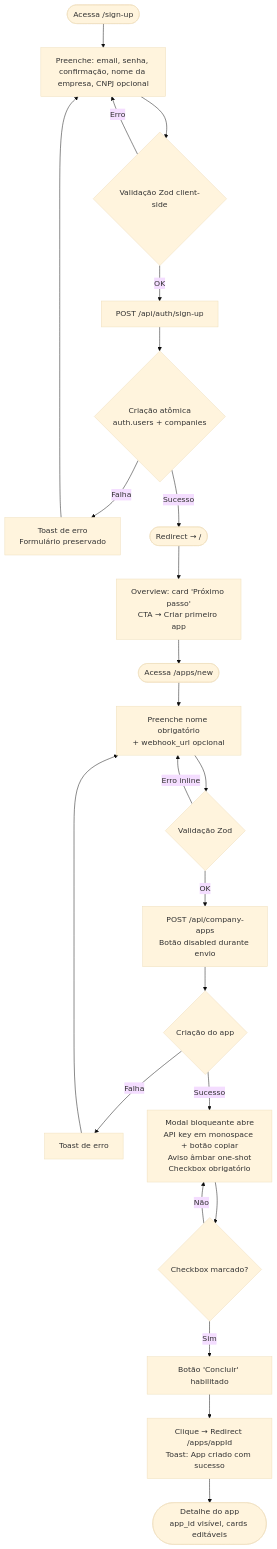
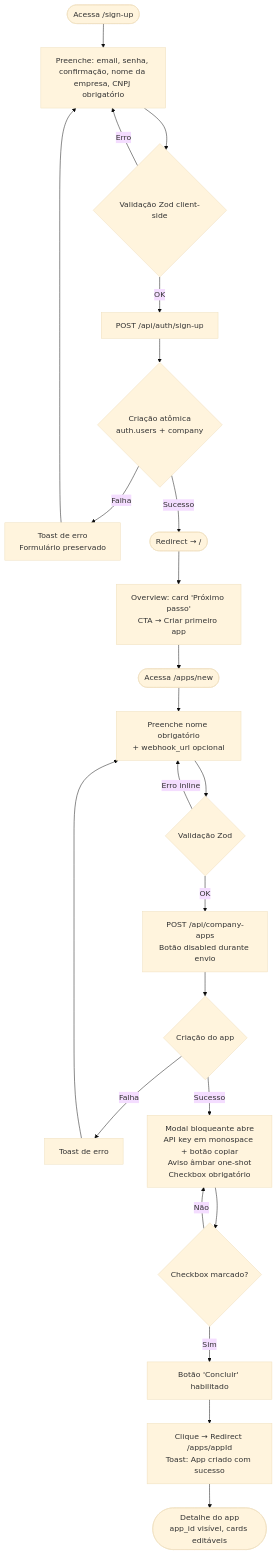
Before and after one commit to yaidEnterprise/yaid_dashboard: the first of 3 diagrams in _bmad-output/planning-artifacts/ux-design-specification.md, drawn with Mermaid (base theme). The commit also changed 20 other files, not shown here.

Commit message:
fix(auth-flow): ajust sign-in/sign-out flow

````diff
--- a/_bmad-output/planning-artifacts/ux-design-specification.md
+++ b/_bmad-output/planning-artifacts/ux-design-specification.md
@@ -633,26 +633,26 @@
 ```mermaid
 flowchart TD
-    A([Acessa /sign-up]) --> B[Preenche: email, senha, confirmação, nome da empresa, CNPJ opcional]
+    A([Acessa /sign-up]) --> B[Preenche: email, senha, confirmação, nome da empresa, CNPJ obrigatório]
     B --> C{Validação Zod client-side}
     C -- Erro --> B
     C -- OK --> D[POST /api/auth/sign-up]
-    D --> E{Criação atômica\nauth.users + companies}
+    D --> E{Criação atômica\nauth.users + company}
     E -- Falha --> F[Toast de erro\nFormulário preservado]
     F --> B
     E -- Sucesso --> G([Redirect → /])
     G --> H[Overview: card 'Próximo passo'\nCTA → Criar primeiro app]
     H --> I([Acessa /apps/new])
     I --> J[Preenche nome obrigatório\n+ webhook_url opcional]
     J --> K{Validação Zod}
     K -- Erro inline --> J
     K -- OK --> L[POST /api/company-apps\nBotão disabled durante envio]
     L --> M{Criação do app}
     M -- Falha --> N[Toast de erro]
     N --> J
     M -- Sucesso --> O[Modal bloqueante abre\nAPI key em monospace + botão copiar\nAviso âmbar one-shot\nCheckbox obrigatório]
     O --> P{Checkbox marcado?}
     P -- Não --> O
     P -- Sim --> Q[Botão 'Concluir' habilitado]
     Q --> R[Clique → Redirect /apps/appId\nToast: App criado com sucesso]
     R --> S([Detalhe do app\napp_id visível, cards editáveis])
 ```
````
